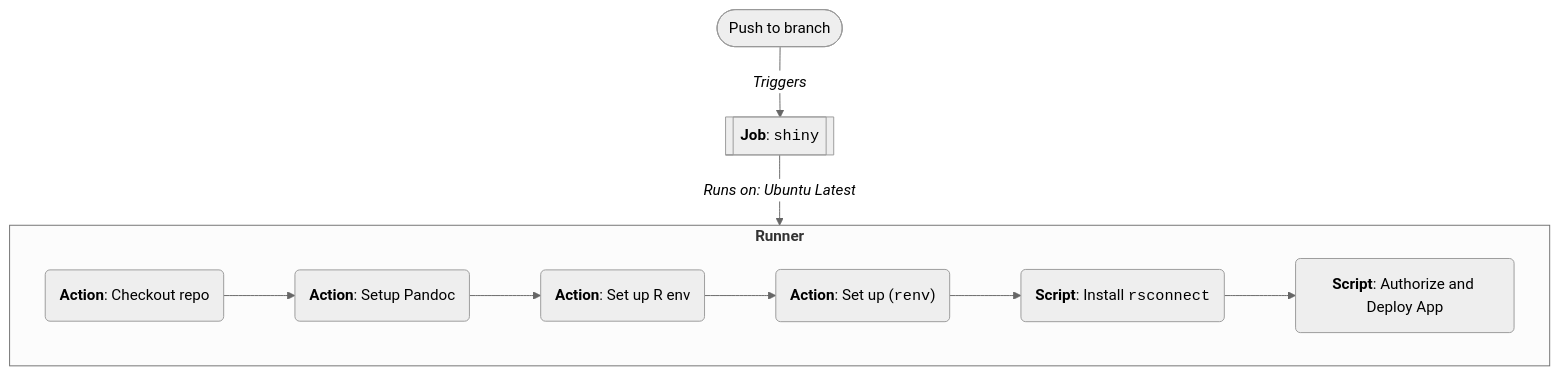
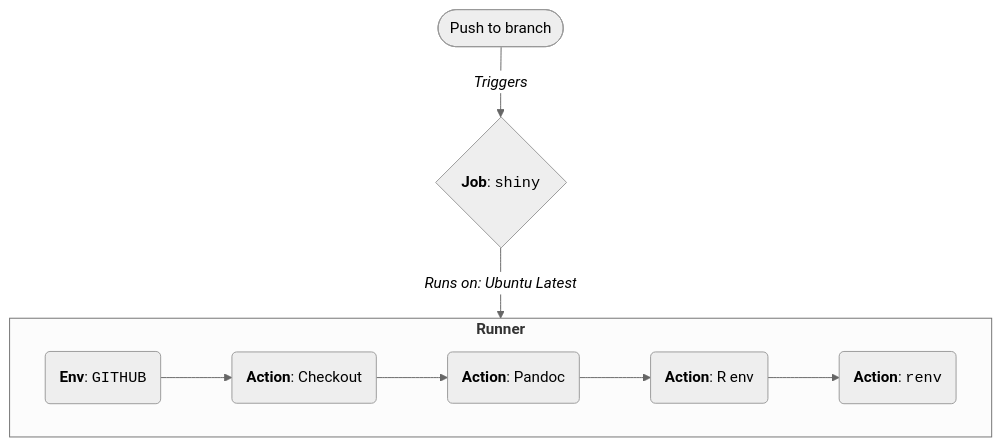
One commit to mjfrigaard/shiny-app-pkgs changed the seventh of 8 diagrams in gha.qmd. Above: the diagram before and after it, drawn with Mermaid. The commit also changed other lines of this file and 8 other files, not shown here.

````diff
--- a/gha.qmd
+++ b/gha.qmd
@@ -939,19 +884,17 @@
 ```{mermaid}
 %%| fig-align: center
 %%{init: {'theme': 'neutral', 'themeVariables': { 'fontFamily': 'monospace', "fontSize":"16px"}}}%%
 flowchart TD
   Push(["Push to branch"])
-  Push -->|"<em>Triggers</em>"| Shiny[["<strong>Job</strong>: <code>shiny</code>"]]
-  subgraph ubuntu["<strong>Runner</strong>"]
-        Checkout("<strong>Action</strong>: Checkout repo")
-        SetupPandoc("<strong>Action</strong>: Setup Pandoc")
-        SetupR("<strong>Action</strong>: Set up R env")
-        SetupRenv("<strong>Action</strong>: Set up (<code>renv</code>)")
-        InstallRsconnect("<strong>Script</strong>: Install <code>rsconnect</code>")
-        Deploy("<strong>Script</strong>: Authorize and Deploy App")
+  Push -->|"<em>Triggers</em>"| Shiny{"<strong>Job</strong>: <code>shiny</code>"}
+    subgraph ubuntu["<strong>Runner</strong>"]
+        PAT("<strong>Env</strong>: <code>GITHUB</code>")
+        Checkout("<strong>Action</strong>: Checkout")
+        SetupPandoc("<strong>Action</strong>: Pandoc")
+        SetupR("<strong>Action</strong>: R env")
+        SetupRenv("<strong>Action</strong>: <code>renv</code>")
     end
   Shiny -->|"<em>Runs on: Ubuntu Latest</em>"| ubuntu
-  Checkout --> SetupPandoc --> SetupR
-  SetupR --> SetupRenv --> InstallRsconnect
-  InstallRsconnect --> Deploy
+  PAT --> Checkout --> SetupPandoc --> SetupR
+  SetupR --> SetupRenv
 ```
````
